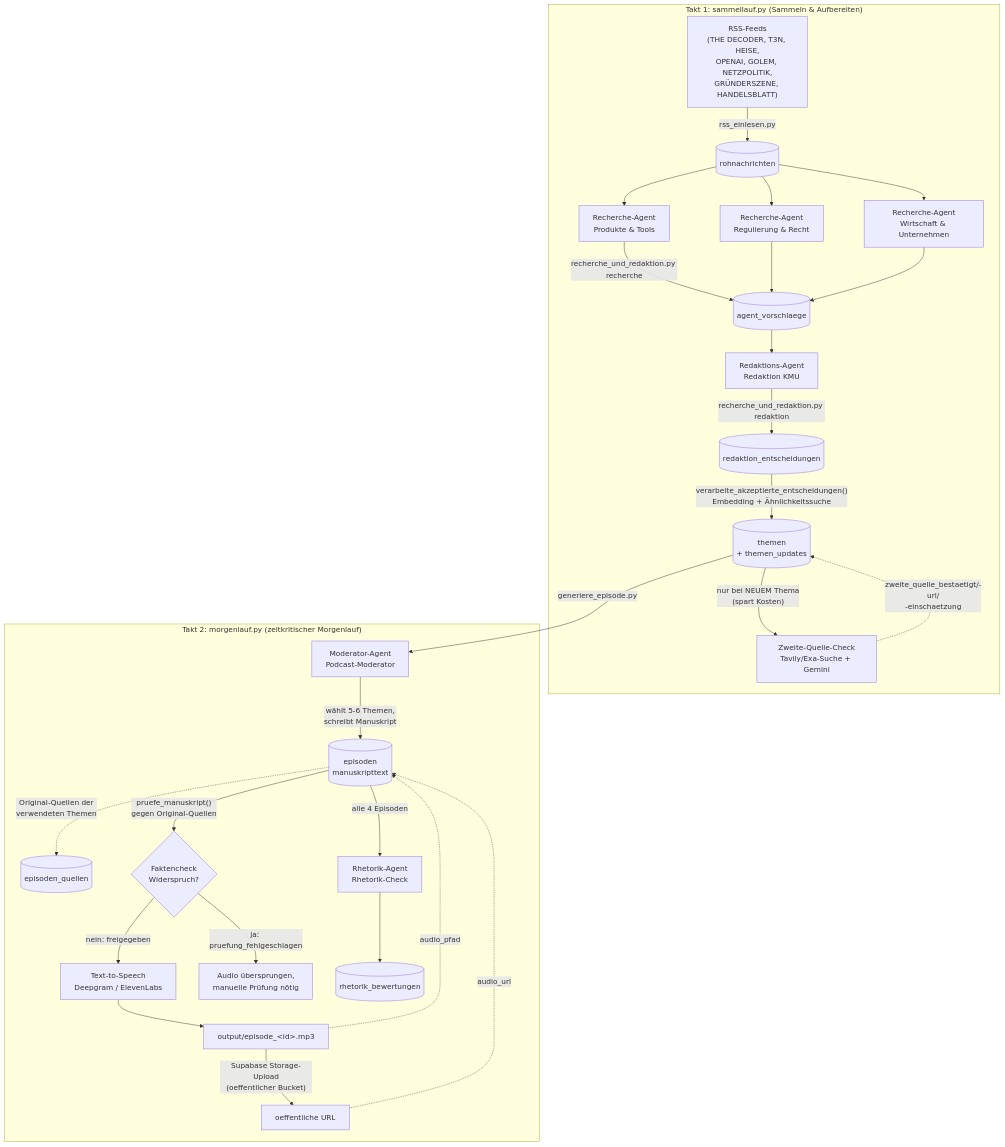
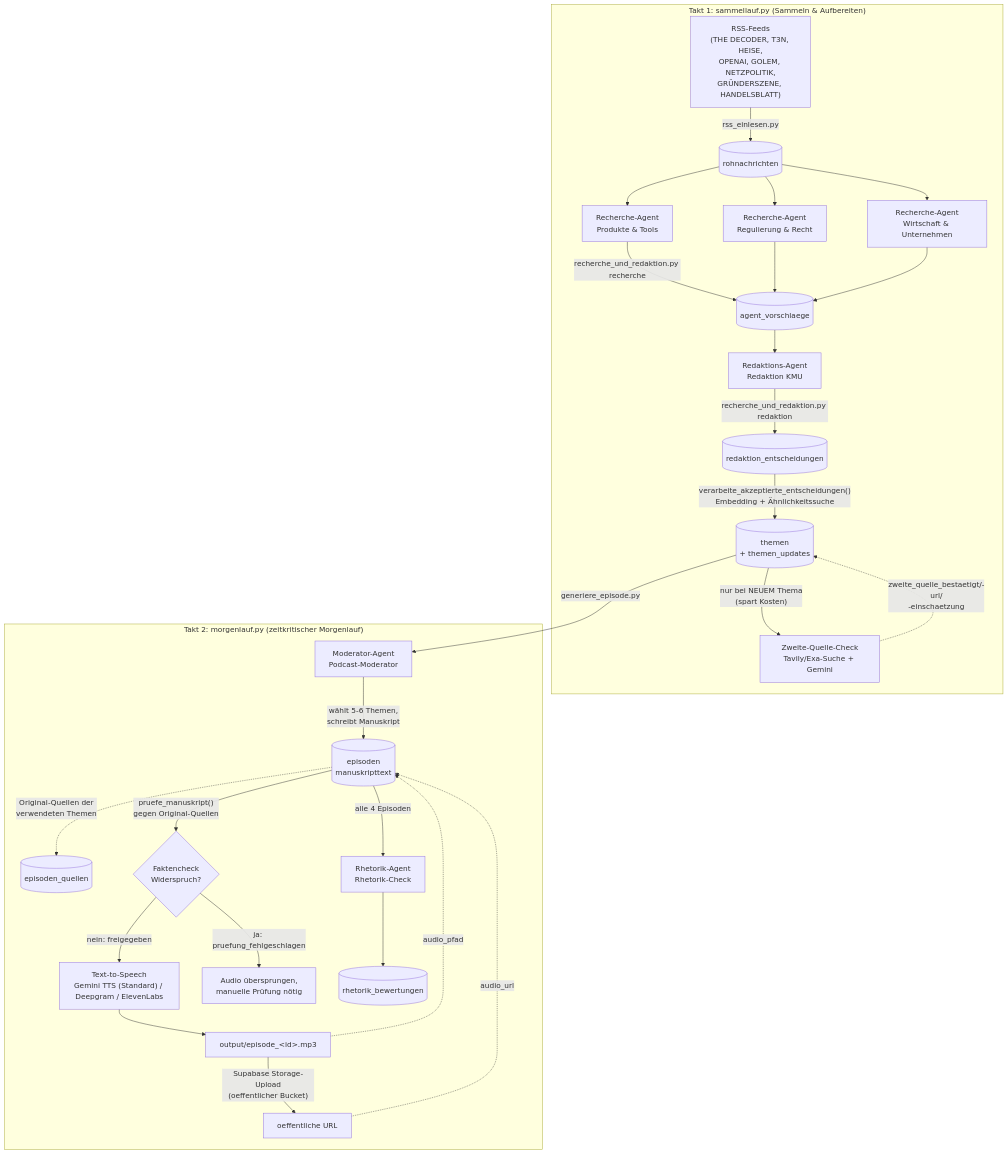
One commit to SaschaPetro/Podcast changed the diagram in README.md. Above: the diagram before and after it, drawn with Mermaid. The commit also changed other lines of this file and 7 other files, not shown here.

Commit message:
Gemini Flash TTS als Standard aktivieren

````diff
--- a/README.md
+++ b/README.md
@@ -43,38 +43,38 @@
 ```mermaid
 flowchart TD
     subgraph TAKT1["Takt 1: sammellauf.py (Sammeln &amp; Aufbereiten)"]
         RSS["RSS-Feeds<br/>(THE DECODER, T3N, HEISE,<br/>OPENAI, GOLEM, NETZPOLITIK,<br/>GRÜNDERSZENE, HANDELSBLATT)"] -->|rss_einlesen.py| ROH[("rohnachrichten")]
 
         ROH --> RA1["Recherche-Agent<br/>Produkte & Tools"]
         ROH --> RA2["Recherche-Agent<br/>Regulierung & Recht"]
         ROH --> RA3["Recherche-Agent<br/>Wirtschaft & Unternehmen"]
 
         RA1 -->|recherche_und_redaktion.py recherche| VOR[("agent_vorschlaege")]
         RA2 --> VOR
         RA3 --> VOR
 
         VOR --> RED["Redaktions-Agent<br/>Redaktion KMU"]
         RED -->|recherche_und_redaktion.py redaktion| ENT[("redaktion_entscheidungen")]
 
         ENT -->|"verarbeite_akzeptierte_entscheidungen()<br/>Embedding + Ähnlichkeitssuche"| THE[("themen<br/>+ themen_updates")]
         THE -->|"nur bei NEUEM Thema<br/>(spart Kosten)"| ZQ["Zweite-Quelle-Check<br/>Tavily/Exa-Suche + Gemini"]
         ZQ -.->|"zweite_quelle_bestaetigt/-url/<br/>-einschaetzung"| THE
     end
 
     subgraph TAKT2["Takt 2: morgenlauf.py (zeitkritischer Morgenlauf)"]
         THE -->|generiere_episode.py| MOD["Moderator-Agent<br/>Podcast-Moderator"]
         MOD -->|"wählt 5-6 Themen,<br/>schreibt Manuskript"| EP[("episoden<br/>manuskripttext")]
         EP -.->|"Original-Quellen der<br/>verwendeten Themen"| EQ[("episoden_quellen")]
 
         EP -->|"pruefe_manuskript()<br/>gegen Original-Quellen"| FC{"Faktencheck<br/>Widerspruch?"}
-        FC -->|nein: freigegeben| TTS["Text-to-Speech<br/>Deepgram / ElevenLabs"]
+        FC -->|nein: freigegeben| TTS["Text-to-Speech<br/>Gemini TTS (Standard) / Deepgram / ElevenLabs"]
         FC -->|ja: pruefung_fehlgeschlagen| STOP["Audio übersprungen,<br/>manuelle Prüfung nötig"]
         TTS --> MP3["output/episode_&lt;id&gt;.mp3"]
         MP3 -.->|audio_pfad| EP
         MP3 -->|"Supabase Storage-Upload<br/>(oeffentlicher Bucket)"| AUDIOURL["oeffentliche URL"]
         AUDIOURL -.->|audio_url| EP
 
         EP -->|"alle 4 Episoden"| RHET["Rhetorik-Agent<br/>Rhetorik-Check"]
         RHET --> RB[("rhetorik_bewertungen")]
     end
 ```
````
